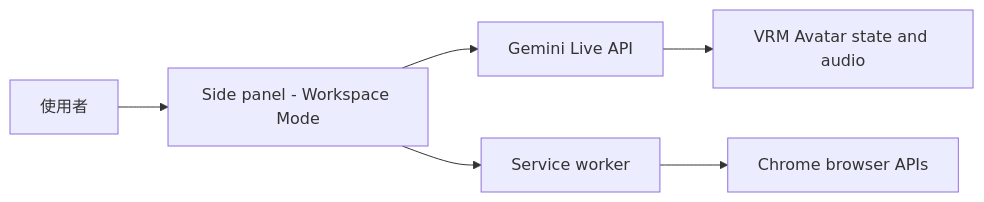
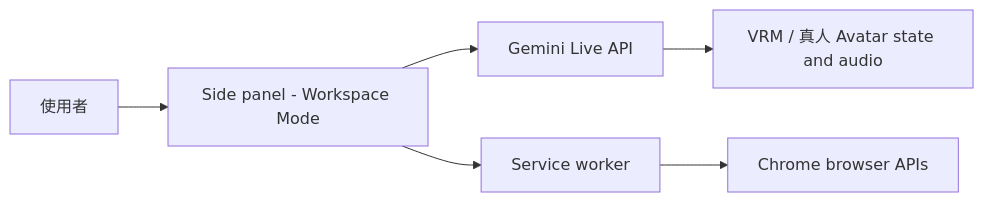
Before and after one commit to FadisChen/PageAsk: the diagram in README.md, drawn with Mermaid. The commit also changed other lines of this file and 22 other files, not shown here.

````diff
--- a/README.md
+++ b/README.md
@@ -35,8 +37,8 @@
 ```mermaid
 flowchart LR
   User["使用者"] --> Side["Side panel - Workspace Mode"]
   Side --> Live["Gemini Live API"]
-  Live --> Avatar["VRM Avatar state and audio"]
+  Live --> Avatar["VRM / 真人 Avatar state and audio"]
   Side --> Worker["Service worker"]
   Worker --> Chrome["Chrome browser APIs"]
 ```
````
